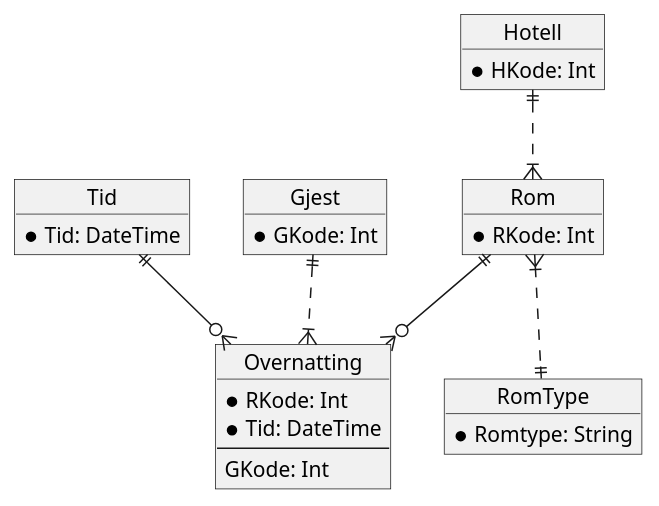
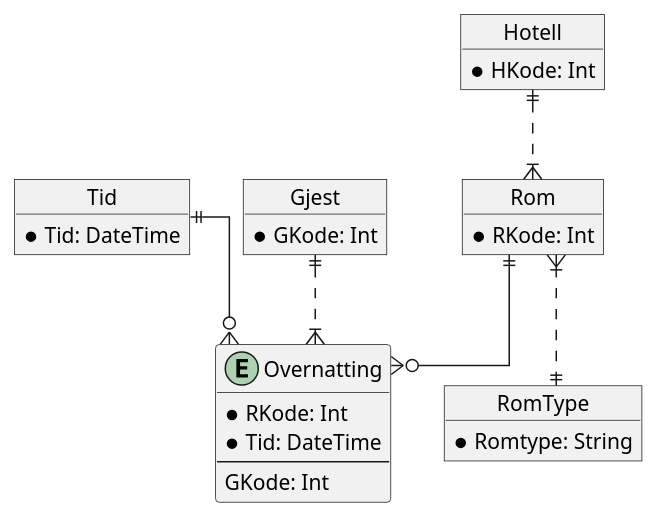
Before and after one commit to Vatnar/UIAOBSIDIAN: the second of 2 diagrams in 25V/IKT105 Datamodellering og Databaser/Jan/01.29 Datamodellering.md, drawn with PlantUML. The commit also changed other lines of this file, not shown here.

Commit message:
vault backup: 2025-01-29 13:13:36

````diff
--- a/25V/IKT105 Datamodellering og Databaser/Jan/01.29 Datamodellering.md
+++ b/25V/IKT105 Datamodellering og Databaser/Jan/01.29 Datamodellering.md
@@ -35,33 +35,34 @@
 ```plantuml
 @startuml
+skinparam linetype ortho
 object Tid{
 *Tid: DateTime
 }
 object Hotell{
 *HKode: Int
 }
 
 object Rom {
   *RKode: Int
 }
 object RomType{
 *Romtype: String
 }
 object Gjest{
 *GKode: Int
 }
 
-object Overnatting {
+entity Overnatting {
 *RKode: Int
 *Tid: DateTime
 --
 GKode: Int
 }
 
 Hotell ||..|{Rom
 Rom  ||--o{Overnatting
 Tid ||--o{ Overnatting
 Gjest ||..|{Overnatting
 Rom }|..|| RomType
 @enduml
 ```
````
